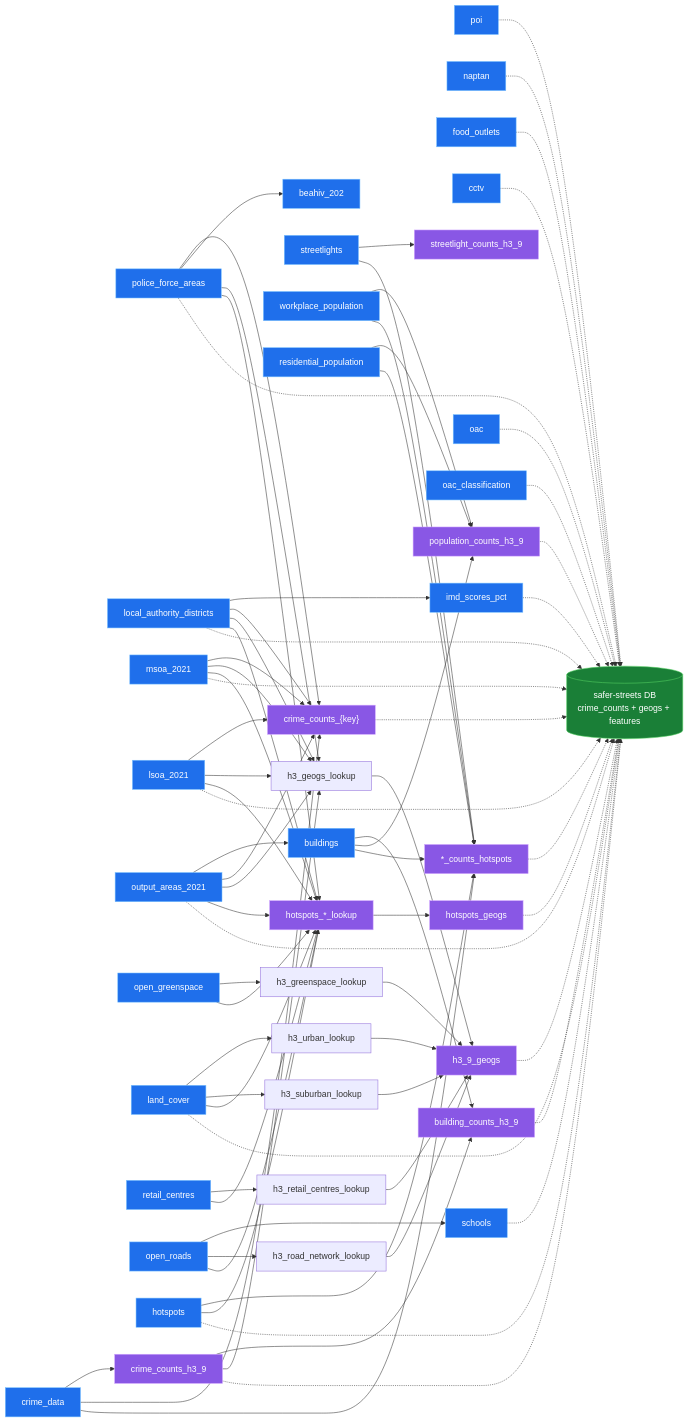
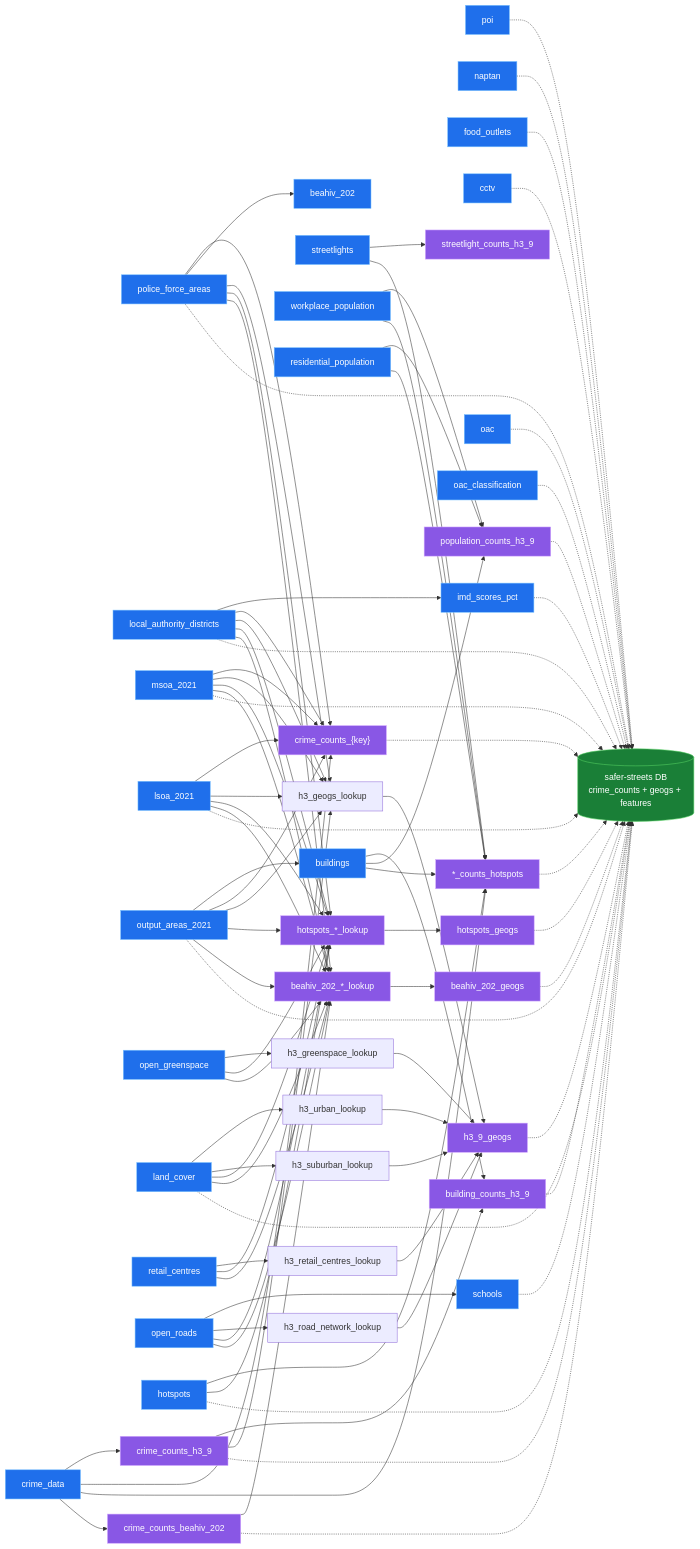
Before and after one commit to safer-streets/safer-streets-tooling: the diagram in README.md, drawn with Mermaid. The commit also changed other lines of this file and 17 other files, not shown here.

````diff
--- a/README.md
+++ b/README.md
@@ -101,6 +106,9 @@
    hotspot_counts["*_counts_hotspots"]
    hotspot_lookups["hotspots_*_lookup"]
    hotspots_geogs
+   crime_counts_beahiv_202
+   beahiv_lookups["beahiv_202_*_lookup"]
+   beahiv_202_geogs
 
    direction LR
    database[("safer-streets DB<br/>crime_counts + geogs + features")]
@@ -162,6 +170,20 @@
     retail_centres --> hotspot_lookups
     hotspot_lookups --> hotspots_geogs
 
+    %% transform edges: the same relations on the BEAHIV grid (its cells come from its own counts)
+    crime_data --> crime_counts_beahiv_202
+    crime_counts_beahiv_202 --> beahiv_lookups
+    police_force_areas --> beahiv_lookups
+    local_authority_districts --> beahiv_lookups
+    msoa_2021 --> beahiv_lookups
+    lsoa_2021 --> beahiv_lookups
+    output_areas_2021 --> beahiv_lookups
+    open_greenspace --> beahiv_lookups
+    land_cover --> beahiv_lookups
+    open_roads --> beahiv_lookups
+    retail_centres --> beahiv_lookups
+    beahiv_lookups --> beahiv_202_geogs
+
     %% load edges (optional): minimal DB = crime counts + geogs + ONS boundary tables + feature layers; --include adds more
     crime_counts_h3_9 -.-> database
     crime_counts_geog -.-> database
@@ -170,6 +192,8 @@
     h3_9_geogs -.-> database
     hotspot_counts -.-> database
     hotspots_geogs -.-> database
+    crime_counts_beahiv_202 -.-> database
+    beahiv_202_geogs -.-> database
     hotspots -.-> database
     police_force_areas -.-> database
     local_authority_districts -.-> database
@@ -191,6 +215,6 @@
     classDef transform fill:#8957e5,stroke:#d2a8ff,stroke-width:1px,color:#ffffff;
     classDef load fill:#1a7f37,stroke:#56d364,stroke-width:1px,color:#ffffff;
     class crime_data,police_force_areas,local_authority_districts,msoa_2021,lsoa_2021,output_areas_2021,open_greenspace,land_cover,buildings,retail_centres,open_roads,poi,naptan,food_outlets,streetlights,cctv,schools,imd_scores_pct,oac,oac_classification,workplace_population,residential_population,beahiv_202,hotspots extract;
-    class crime_counts_h3_9,crime_counts_geog,streetlight_counts_h3_9,building_counts_h3_9,population_counts_h3_9,h3_9_geogs,hotspot_counts,hotspot_lookups,hotspots_geogs transform;
+    class crime_counts_h3_9,crime_counts_geog,streetlight_counts_h3_9,building_counts_h3_9,population_counts_h3_9,h3_9_geogs,hotspot_counts,hotspot_lookups,hotspots_geogs,crime_counts_beahiv_202,beahiv_lookups,beahiv_202_geogs transform;
     class database load;
 ```
````
